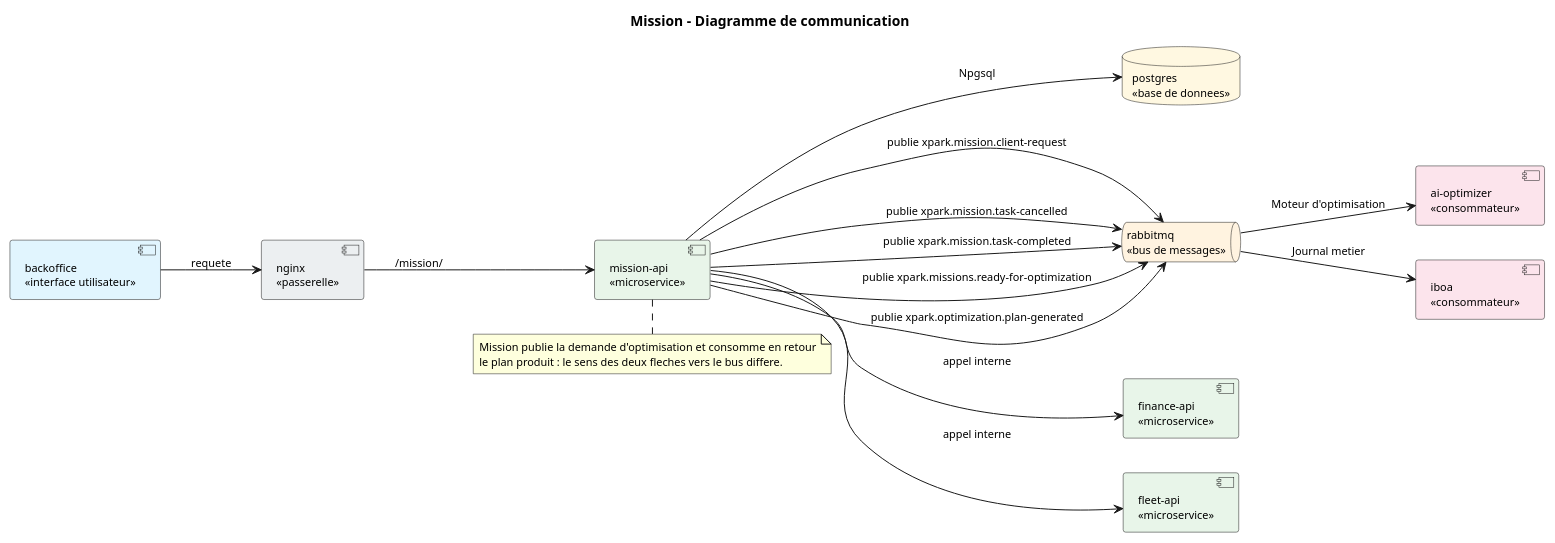
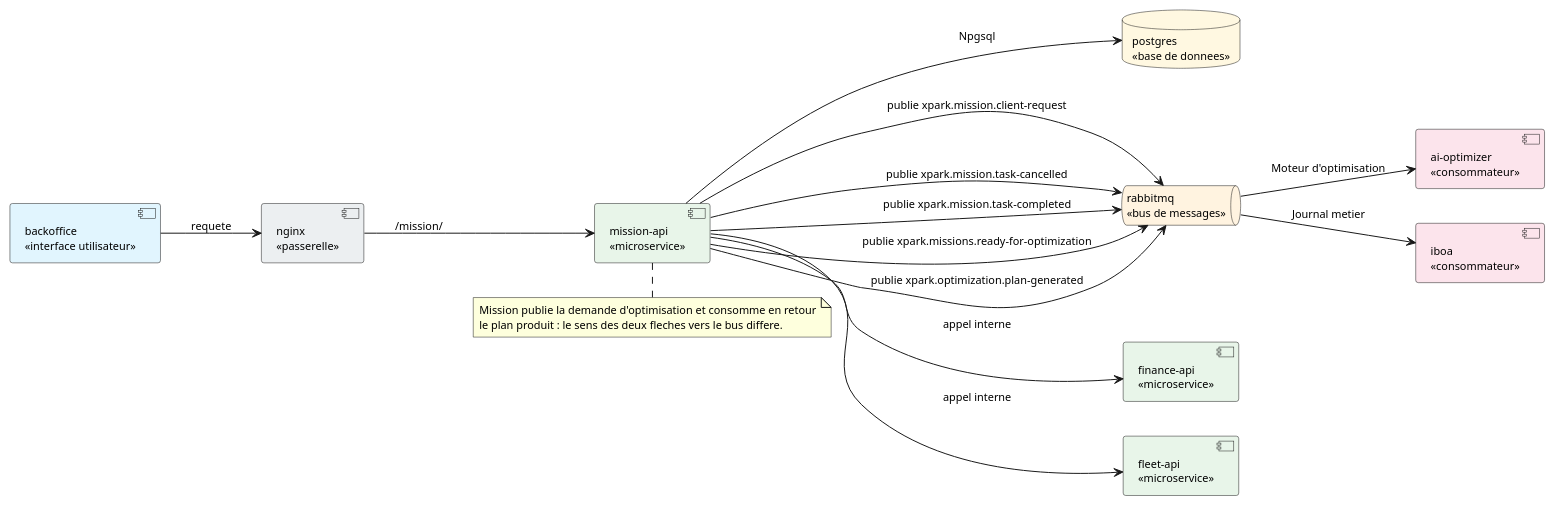
The diagram in docs/diagrams/microservices/Mission/Mission-communication.puml (saber-barhoumi/Xpark-gmao), drawn with PlantUML before and after one commit. The commit also changed 217 other files, not shown here.

```diff
--- a/docs/diagrams/microservices/Mission/Mission-communication.puml
+++ b/docs/diagrams/microservices/Mission/Mission-communication.puml
@@ -1,55 +1,53 @@
 @startuml
 skinparam style strictuml
 skinparam packageStyle rectangle
 skinparam classAttributeIconSize 0
 skinparam shadowing false
 skinparam defaultFontName Verdana
 skinparam defaultFontSize 11
 skinparam backgroundColor #FFFFFF
 hide empty members
 skinparam componentStyle rectangle
 left to right direction
-
-title Mission - Diagramme de communication
 
 ' 1. Clients
 component "backoffice\n<<interface utilisateur>>" as BO #E1F5FE
 
 ' 2. Passerelle
 component "nginx\n<<passerelle>>" as GW #ECEFF1
 
 ' 3. Service
 component "mission-api\n<<microservice>>" as API #E8F5E9
 
 ' 4. Persistance et messagerie
 database "postgres\n<<base de donnees>>" as BD #FFF8E1
 queue "rabbitmq\n<<bus de messages>>" as MQ #FFF3E0
 component "finance-api\n<<microservice>>" as finance_api #E8F5E9
 component "fleet-api\n<<microservice>>" as fleet_api #E8F5E9
 
 ' 5. Consommateurs
 component "ai-optimizer\n<<consommateur>>" as ai_optimizer #FCE4EC
 component "iboa\n<<consommateur>>" as iboa #FCE4EC
 
 ' Flux synchrone (HTTP), de gauche a droite
 BO --> GW : requete
 GW --> API : /mission/
 API --> BD : Npgsql
 API --> finance_api : appel interne
 API --> fleet_api : appel interne
 
 ' Flux asynchrone (AMQP) : une seule fleche par famille de cles
 API --> MQ : publie xpark.mission.client-request
 API --> MQ : publie xpark.mission.task-cancelled
 API --> MQ : publie xpark.mission.task-completed
 API --> MQ : publie xpark.missions.ready-for-optimization
 API --> MQ : publie xpark.optimization.plan-generated
 MQ --> ai_optimizer : Moteur d'optimisation
 MQ --> iboa : Journal metier
 
 note bottom of API
   Mission publie la demande d'optimisation et consomme en retour
   le plan produit : le sens des deux fleches vers le bus differe.
 end note
 
 @enduml
```
